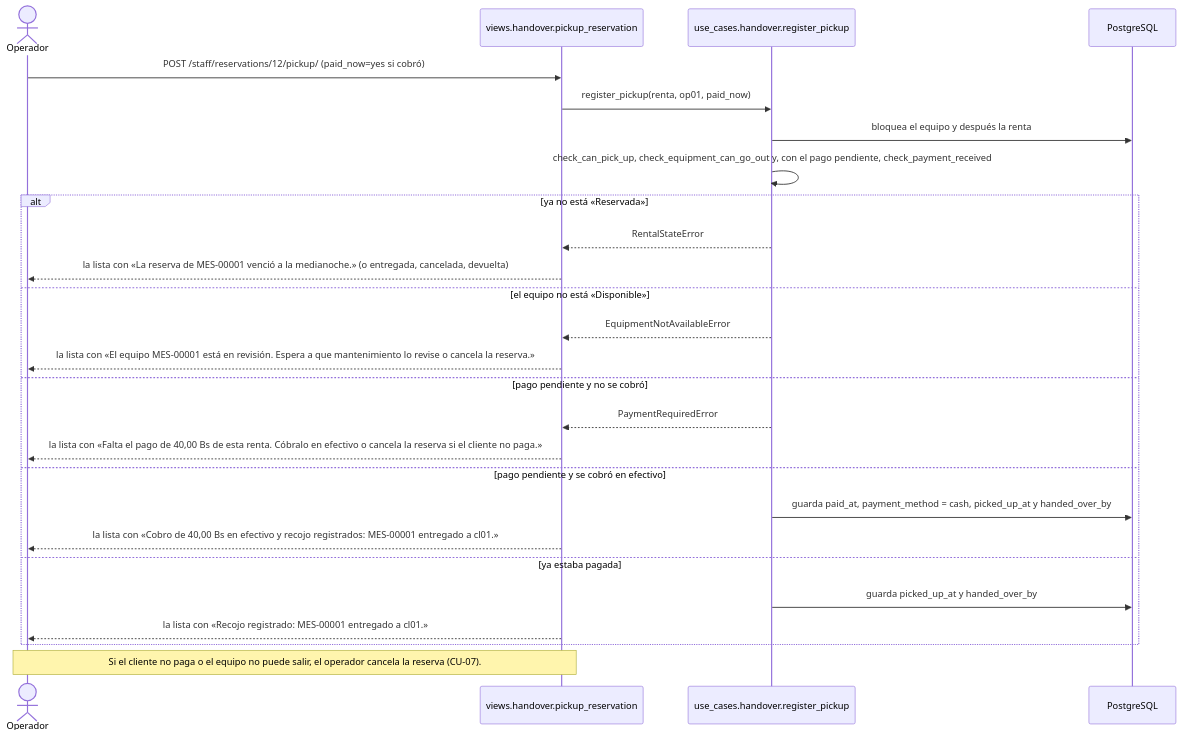
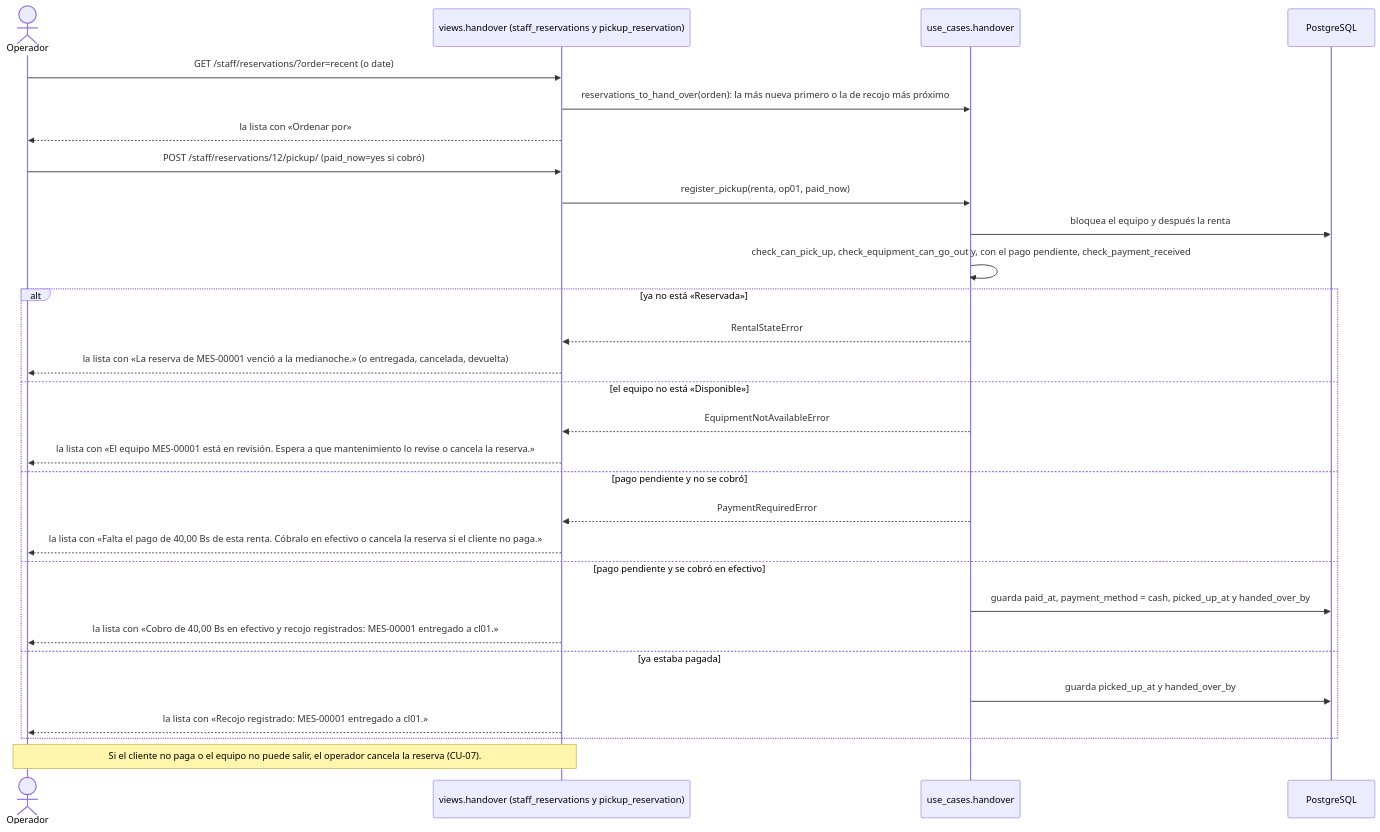
Diagram 16 of 38 in docs/casos-de-uso.md (peterteranb/astra-rent-system), drawn with Mermaid before and after one commit. The commit also changed other lines of this file and 6 other files, not shown here.

Commit message:
docs: client feedback, account use case and activity diagrams

````diff
--- a/docs/casos-de-uso.md
+++ b/docs/casos-de-uso.md
@@ -465,28 +603,31 @@
 ```mermaid
 sequenceDiagram
     actor O as Operador
-    participant V as views.handover.pickup_reservation
-    participant U as use_cases.handover.register_pickup
+    participant V as views.handover (staff_reservations y pickup_reservation)
+    participant U as use_cases.handover
     participant BD as PostgreSQL
+    O->>V: GET /staff/reservations/?order=recent (o date)
+    V->>U: reservations_to_hand_over(orden): la más nueva primero o la de recojo más próximo
+    V-->>O: la lista con «Ordenar por»
     O->>V: POST /staff/reservations/12/pickup/ (paid_now=yes si cobró)
     V->>U: register_pickup(renta, op01, paid_now)
     U->>BD: bloquea el equipo y después la renta
     U->>U: check_can_pick_up, check_equipment_can_go_out y, con el pago pendiente, check_payment_received
     alt ya no está «Reservada»
         U-->>V: RentalStateError
         V-->>O: la lista con «La reserva de MES-00001 venció a la medianoche.» (o entregada, cancelada, devuelta)
     else el equipo no está «Disponible»
         U-->>V: EquipmentNotAvailableError
         V-->>O: la lista con «El equipo MES-00001 está en revisión. Espera a que mantenimiento lo revise o cancela la reserva.»
     else pago pendiente y no se cobró
         U-->>V: PaymentRequiredError
         V-->>O: la lista con «Falta el pago de 40,00 Bs de esta renta. Cóbralo en efectivo o cancela la reserva si el cliente no paga.»
     else pago pendiente y se cobró en efectivo
         U->>BD: guarda paid_at, payment_method = cash, picked_up_at y handed_over_by
         V-->>O: la lista con «Cobro de 40,00 Bs en efectivo y recojo registrados: MES-00001 entregado a cl01.»
     else ya estaba pagada
         U->>BD: guarda picked_up_at y handed_over_by
         V-->>O: la lista con «Recojo registrado: MES-00001 entregado a cl01.»
     end
     Note over O,V: Si el cliente no paga o el equipo no puede salir, el operador cancela la reserva (CU-07).
 ```
````
